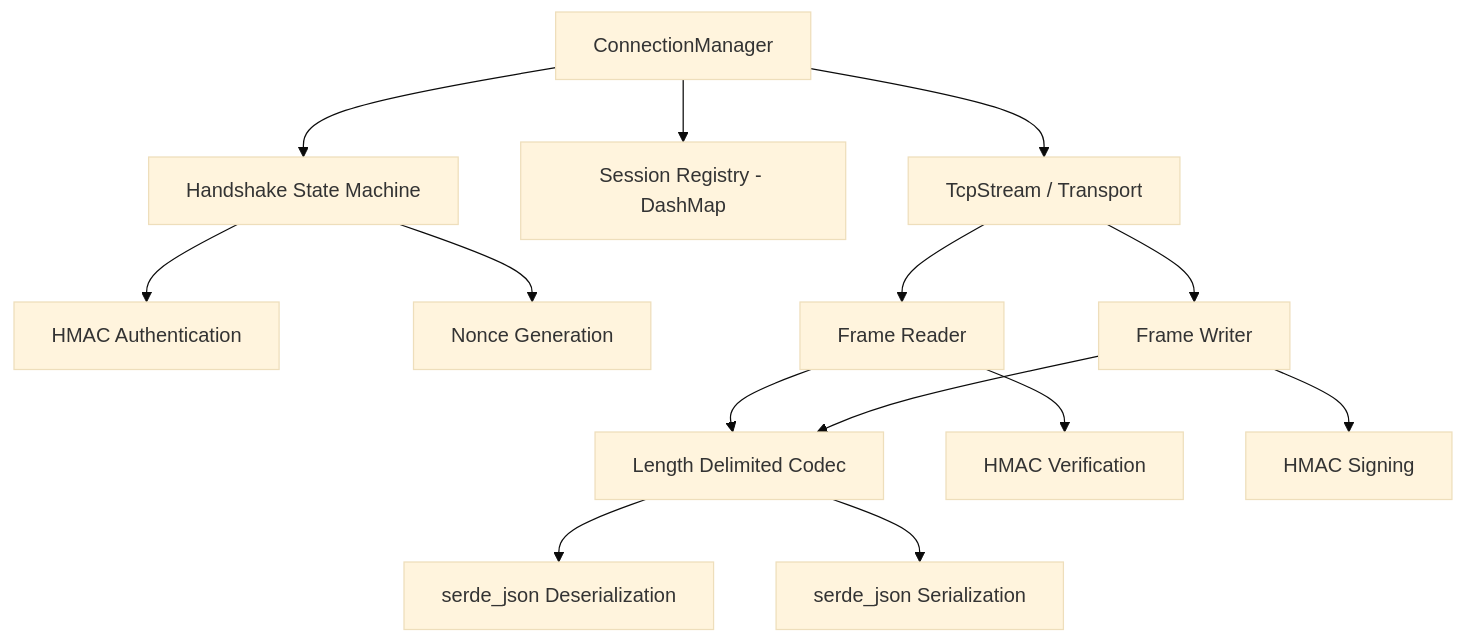
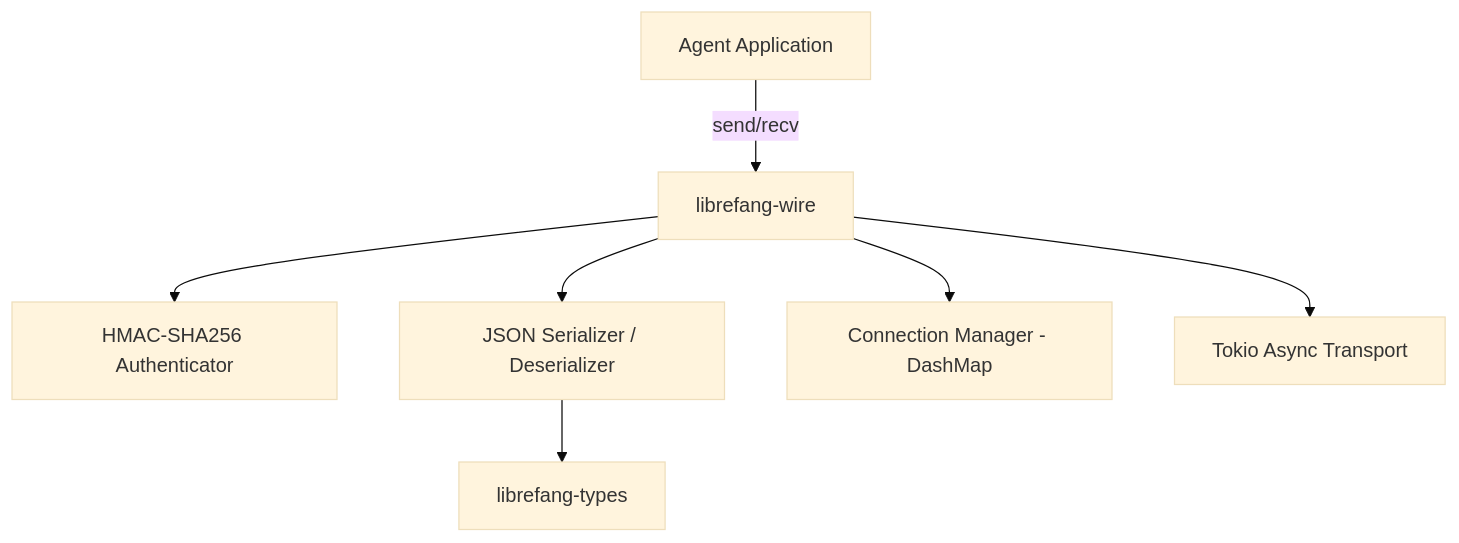
Before and after one commit to leszek3737/librefang-WIki: the diagram in other-librefang-wire.md, drawn with Mermaid (base theme). The commit also changed other lines of this file and 100 other files, not shown here.

````diff
--- a/other-librefang-wire.md
+++ b/other-librefang-wire.md
@@ -85,16 +18,9 @@
 ```mermaid
 graph TD
-    A[ConnectionManager] --> B[TcpStream / Transport]
-    A --> C[Session Registry - DashMap]
-    A --> D[Handshake State Machine]
-    D --> E[HMAC Authentication]
-    D --> F[Nonce Generation]
-    B --> G[Frame Reader]
-    B --> H[Frame Writer]
-    G --> I[Length Delimited Codec]
-    H --> I
-    G --> J[HMAC Verification]
-    H --> K[HMAC Signing]
-    I --> L[serde_json Deserialization]
-    I --> M[serde_json Serialization]
+    A[Agent Application] -->|send/recv| B[librefang-wire]
+    B --> C[HMAC-SHA256 Authenticator]
+    B --> D[JSON Serializer / Deserializer]
+    B --> E[Connection Manager - DashMap]
+    B --> F[Tokio Async Transport]
+    D --> G[librefang-types]
 ```
````
